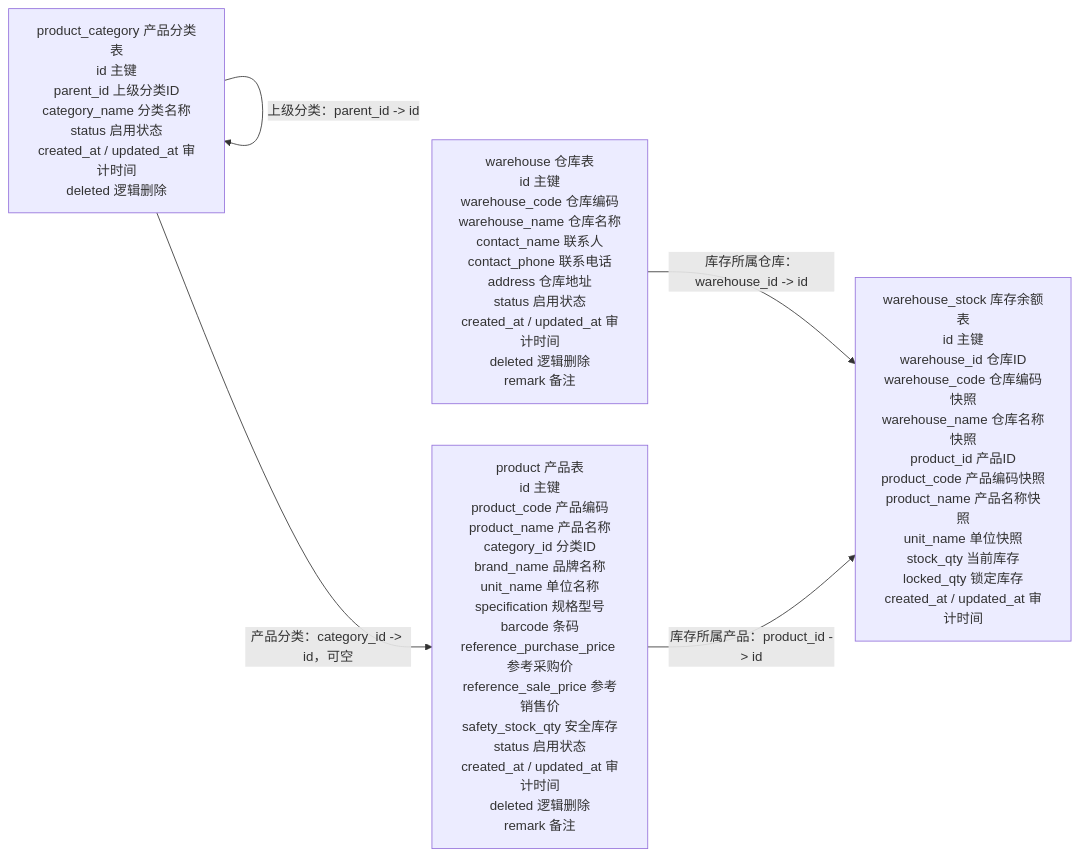
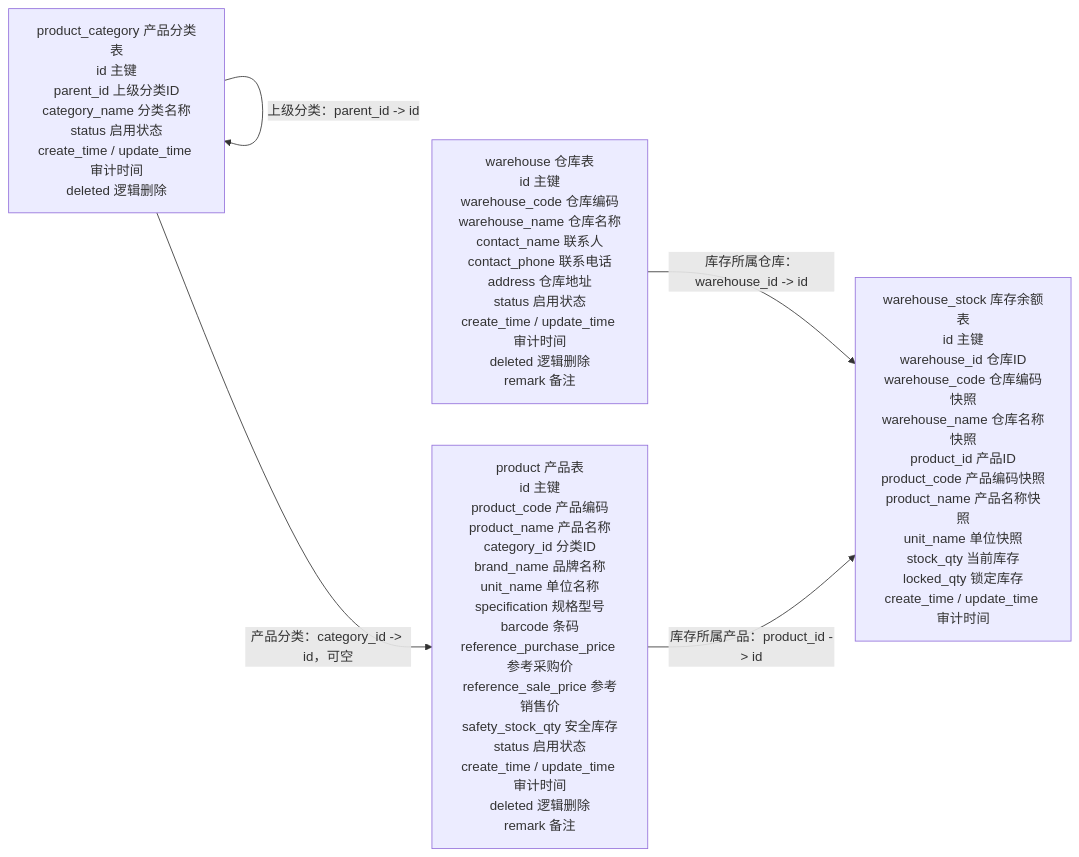
The seventh of 11 diagrams in docs/database/mvp-database-design-overview.md (LI-S-H/qiheng-erp), drawn with Mermaid before and after one commit. The commit also changed other lines of this file and 69 other files, not shown here.

````diff
--- a/docs/database/mvp-database-design-overview.md
+++ b/docs/database/mvp-database-design-overview.md
@@ -686,12 +686,12 @@
 ```mermaid
 flowchart LR
-    category["product_category 产品分类表<br/>id 主键<br/>parent_id 上级分类ID<br/>category_name 分类名称<br/>status 启用状态<br/>created_at / updated_at 审计时间<br/>deleted 逻辑删除"]
-    product["product 产品表<br/>id 主键<br/>product_code 产品编码<br/>product_name 产品名称<br/>category_id 分类ID<br/>brand_name 品牌名称<br/>unit_name 单位名称<br/>specification 规格型号<br/>barcode 条码<br/>reference_purchase_price 参考采购价<br/>reference_sale_price 参考销售价<br/>safety_stock_qty 安全库存<br/>status 启用状态<br/>created_at / updated_at 审计时间<br/>deleted 逻辑删除<br/>remark 备注"]
-    warehouse["warehouse 仓库表<br/>id 主键<br/>warehouse_code 仓库编码<br/>warehouse_name 仓库名称<br/>contact_name 联系人<br/>contact_phone 联系电话<br/>address 仓库地址<br/>status 启用状态<br/>created_at / updated_at 审计时间<br/>deleted 逻辑删除<br/>remark 备注"]
-    stock["warehouse_stock 库存余额表<br/>id 主键<br/>warehouse_id 仓库ID<br/>warehouse_code 仓库编码快照<br/>warehouse_name 仓库名称快照<br/>product_id 产品ID<br/>product_code 产品编码快照<br/>product_name 产品名称快照<br/>unit_name 单位快照<br/>stock_qty 当前库存<br/>locked_qty 锁定库存<br/>created_at / updated_at 审计时间"]
+    category["product_category 产品分类表<br/>id 主键<br/>parent_id 上级分类ID<br/>category_name 分类名称<br/>status 启用状态<br/>create_time / update_time 审计时间<br/>deleted 逻辑删除"]
+    product["product 产品表<br/>id 主键<br/>product_code 产品编码<br/>product_name 产品名称<br/>category_id 分类ID<br/>brand_name 品牌名称<br/>unit_name 单位名称<br/>specification 规格型号<br/>barcode 条码<br/>reference_purchase_price 参考采购价<br/>reference_sale_price 参考销售价<br/>safety_stock_qty 安全库存<br/>status 启用状态<br/>create_time / update_time 审计时间<br/>deleted 逻辑删除<br/>remark 备注"]
+    warehouse["warehouse 仓库表<br/>id 主键<br/>warehouse_code 仓库编码<br/>warehouse_name 仓库名称<br/>contact_name 联系人<br/>contact_phone 联系电话<br/>address 仓库地址<br/>status 启用状态<br/>create_time / update_time 审计时间<br/>deleted 逻辑删除<br/>remark 备注"]
+    stock["warehouse_stock 库存余额表<br/>id 主键<br/>warehouse_id 仓库ID<br/>warehouse_code 仓库编码快照<br/>warehouse_name 仓库名称快照<br/>product_id 产品ID<br/>product_code 产品编码快照<br/>product_name 产品名称快照<br/>unit_name 单位快照<br/>stock_qty 当前库存<br/>locked_qty 锁定库存<br/>create_time / update_time 审计时间"]
 
     category -->|"上级分类：parent_id -> id"| category
     category -->|"产品分类：category_id -> id，可空"| product
     warehouse -->|"库存所属仓库：warehouse_id -> id"| stock
     product -->|"库存所属产品：product_id -> id"| stock
 ```
````
